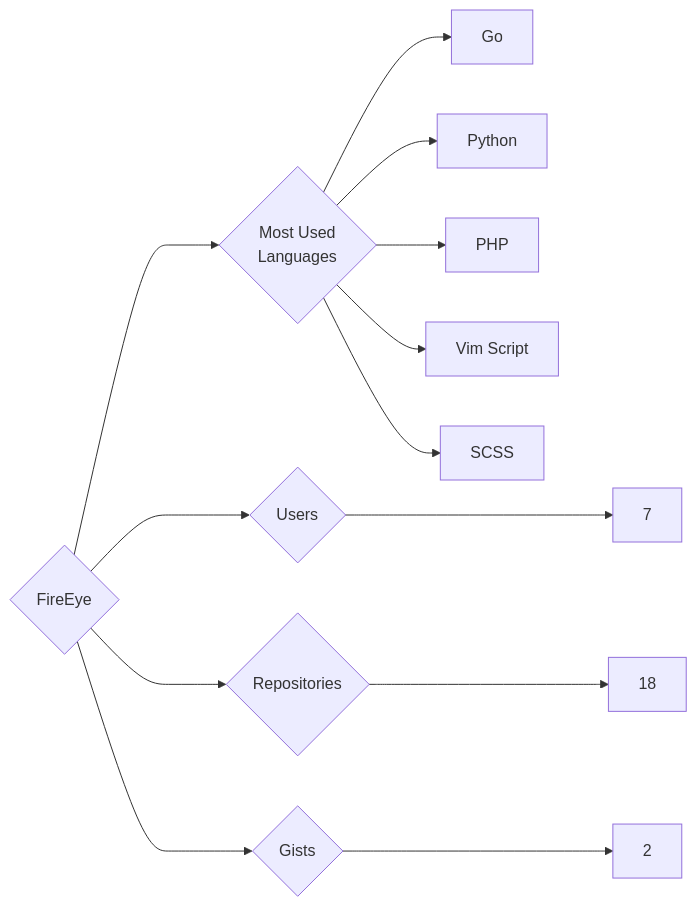
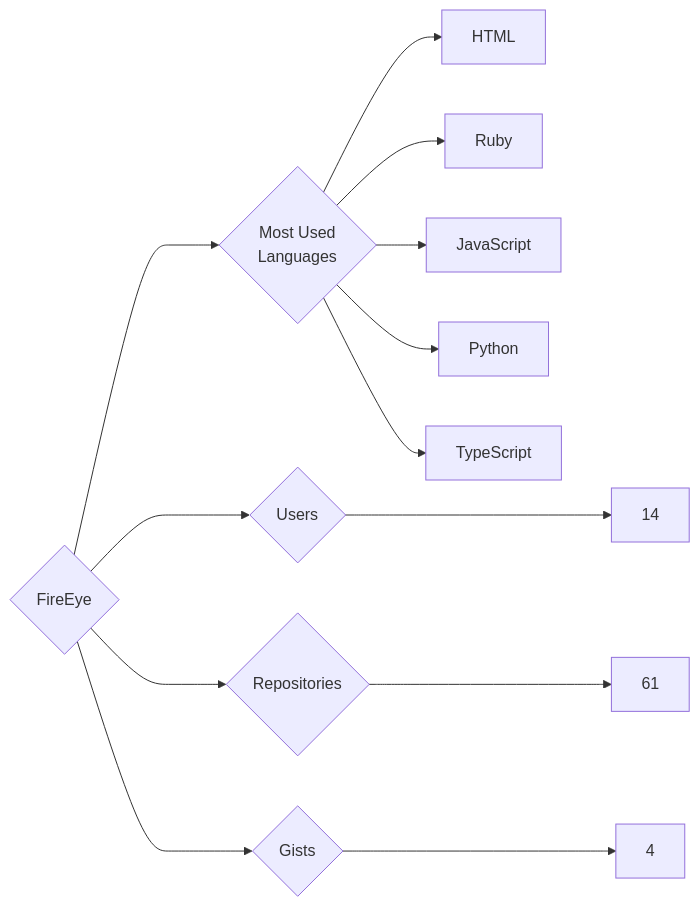
The diagram in targets/FireEye/README.md (trickest/insiders), drawn with Mermaid before and after one commit. The commit also changed 857 other files, not shown here.

````diff
--- a/targets/FireEye/README.md
+++ b/targets/FireEye/README.md
@@ -3,13 +3,13 @@
 ```mermaid
 graph LR
 COMPANY_NAME{FireEye}
-COMPANY_NAME ---> U{Users} ---> UN[7]
-COMPANY_NAME ---> R{Repositories} ---> RN[18]
-COMPANY_NAME ---> G{Gists} ---> GN[2]
+COMPANY_NAME ---> U{Users} ---> UN[14]
+COMPANY_NAME ---> R{Repositories} ---> RN[61]
+COMPANY_NAME ---> G{Gists} ---> GN[4]
 COMPANY_NAME ---> ML{Most Used<br>Languages}
-ML --> Go[Go]
+ML --> HTML[HTML]
+ML --> Ruby[Ruby]
+ML --> JavaScript[JavaScript]
 ML --> Python[Python]
-ML --> PHP[PHP]
-ML --> Vim_Script[Vim Script]
-ML --> SCSS[SCSS]
+ML --> TypeScript[TypeScript]
 ```
````
